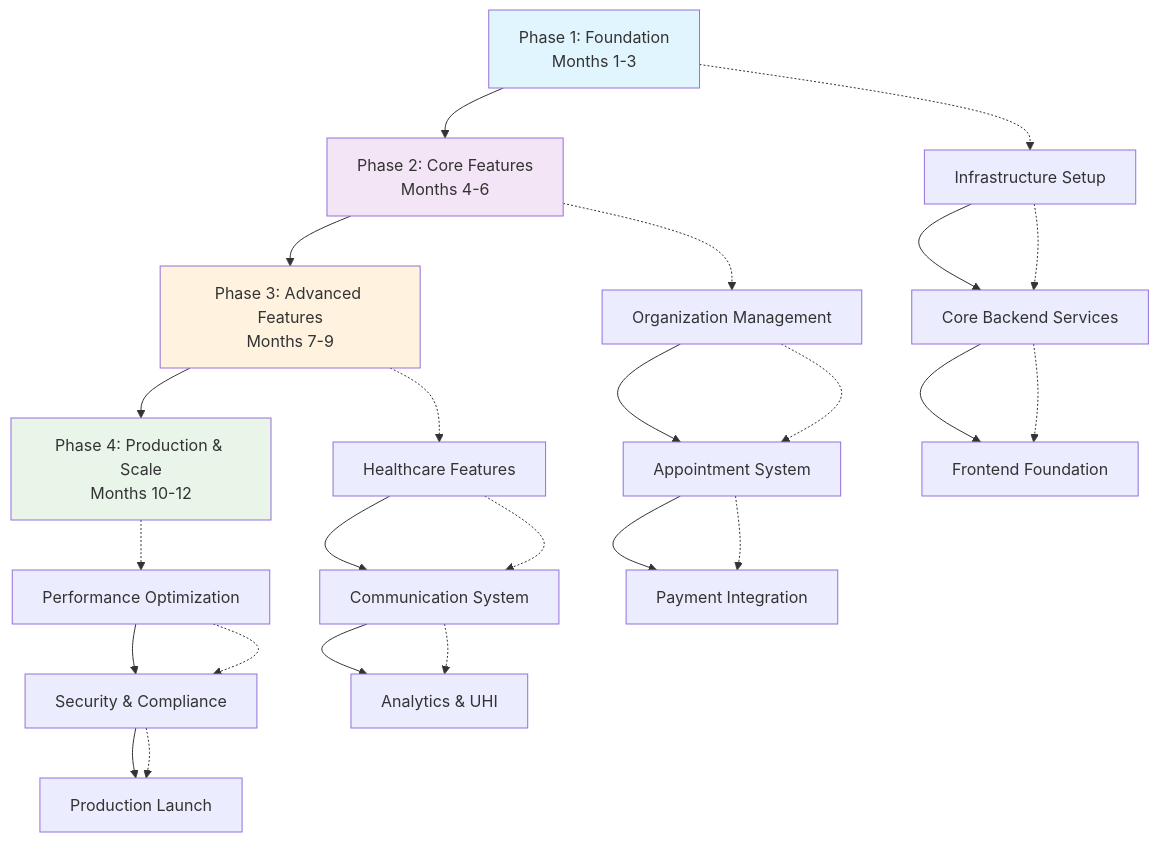
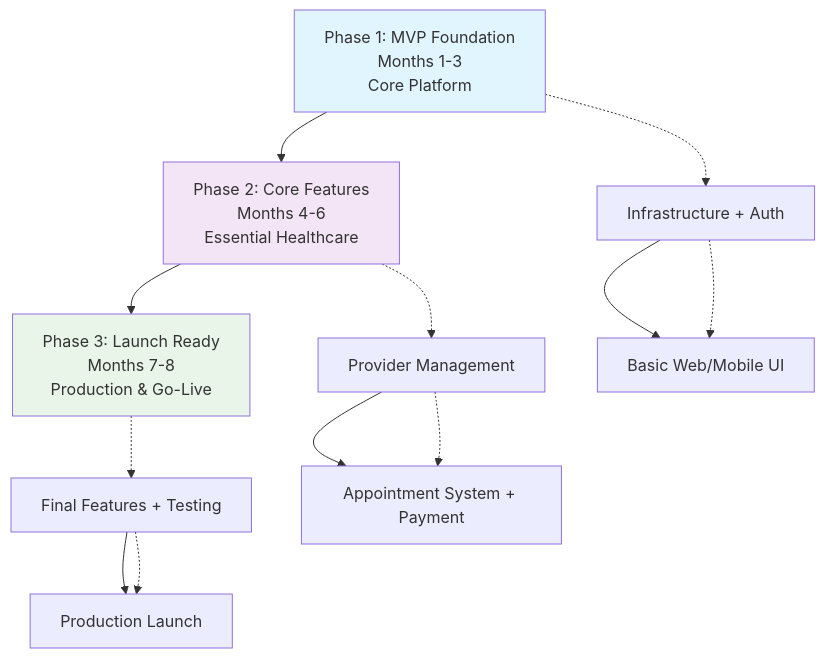
The second of 11 diagrams in 05-implementation-plan.md (health-tech-uhi/blueprint), drawn with Mermaid before and after one commit. The commit also changed other lines of this file and 1 other file, not shown here.

````diff
--- a/05-implementation-plan.md
+++ b/05-implementation-plan.md
@@ -38,39 +42,22 @@
 ```mermaid
 flowchart TD
-    A[Phase 1: Foundation<br/>Months 1-3] --> B[Phase 2: Core Features<br/>Months 4-6]
-    B --> C[Phase 3: Advanced Features<br/>Months 7-9]
-    C --> D[Phase 4: Production & Scale<br/>Months 10-12]
+    A[Phase 1: MVP Foundation<br/>Months 1-3<br/>Core Platform] --> B[Phase 2: Core Features<br/>Months 4-6<br/>Essential Healthcare]
+    B --> C[Phase 3: Launch Ready<br/>Months 7-8<br/>Production & Go-Live]
     
-    A1[Infrastructure Setup] --> A2[Core Backend Services]
-    A2 --> A3[Frontend Foundation]
-    
-    B1[Organization Management] --> B2[Appointment System]
-    B2 --> B3[Payment Integration]
-    
-    C1[Healthcare Features] --> C2[Communication System]
-    C2 --> C3[Analytics & UHI]
-    
-    D1[Performance Optimization] --> D2[Security & Compliance]
-    D2 --> D3[Production Launch]
+    A1[Infrastructure + Auth] --> A2[Basic Web/Mobile UI]
+    B1[Provider Management] --> B2[Appointment System + Payment]
+    C1[Final Features + Testing] --> C2[Production Launch]
     
     A -.-> A1
     A1 -.-> A2
-    A2 -.-> A3
     
     B -.-> B1
     B1 -.-> B2
-    B2 -.-> B3
     
     C -.-> C1
     C1 -.-> C2
-    C2 -.-> C3
-    
-    D -.-> D1
-    D1 -.-> D2
-    D2 -.-> D3
     
     style A fill:#e1f5fe
     style B fill:#f3e5f5
-    style C fill:#fff3e0
-    style D fill:#e8f5e8
+    style C fill:#e8f5e8
 ```
````
